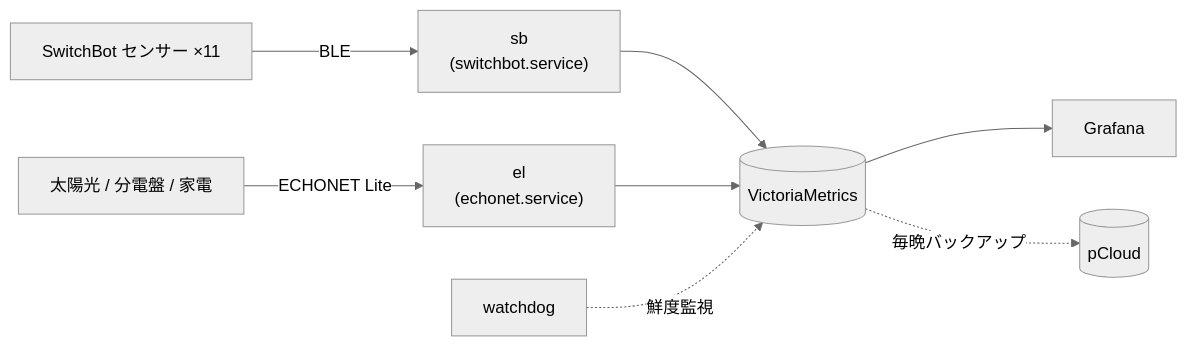
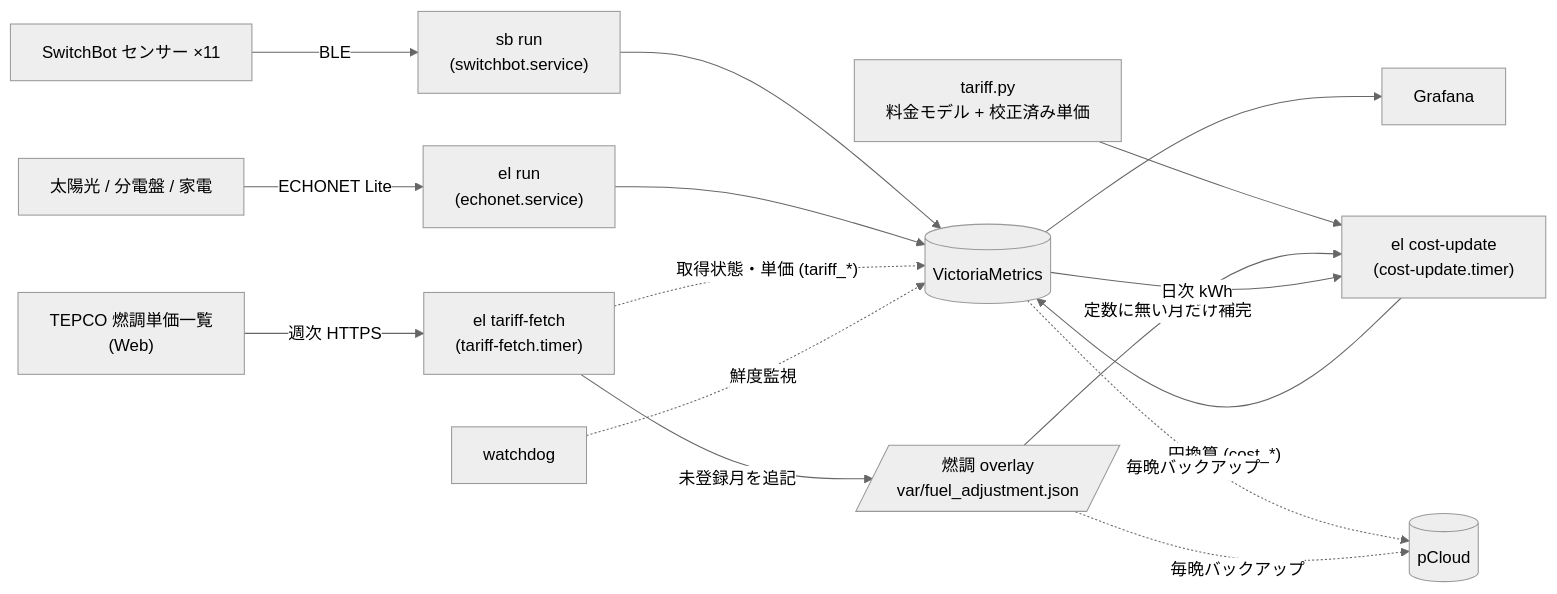
Before and after one commit to munetaka/homeserver: the diagram in README.md, drawn with Mermaid (neutral theme). The commit also changed other lines of this file and 4 other files, not shown here.

First line of the commit message:
docs: bring README/runbook/deploy docs up to date with tariff auto-fetch

````diff
--- a/README.md
+++ b/README.md
@@ -9,10 +10,20 @@
 ```mermaid
 flowchart LR
-    S["SwitchBot センサー ×11"] -- BLE --> SB["sb<br>(switchbot.service)"]
-    P["太陽光 / 分電盤 / 家電"] -- "ECHONET Lite" --> EL["el<br>(echonet.service)"]
+    S["SwitchBot センサー ×11"] -- BLE --> SB["sb run<br>(switchbot.service)"]
+    P["太陽光 / 分電盤 / 家電"] -- "ECHONET Lite" --> EL["el run<br>(echonet.service)"]
     SB --> VM[("VictoriaMetrics")]
     EL --> VM
     VM --> G["Grafana"]
+
+    T["TEPCO 燃調単価一覧<br>(Web)"] -- "週次 HTTPS" --> TF["el tariff-fetch<br>(tariff-fetch.timer)"]
+    TF -- "未登録月を追記" --> OV[/"燃調 overlay<br>var/fuel_adjustment.json"/]
+    TP["tariff.py<br>料金モデル + 校正済み単価"] --> CU["el cost-update<br>(cost-update.timer)"]
+    OV -- "定数に無い月だけ補完" --> CU
+    VM -- "日次 kWh" --> CU
+    CU -- "円換算 (cost_*)" --> VM
+    TF -. "取得状態・単価 (tariff_*)" .-> VM
+
     WD["watchdog"] -. 鮮度監視 .-> VM
     VM -. 毎晩バックアップ .-> PC[("pCloud")]
+    OV -. 毎晩バックアップ .-> PC
 ```
````
